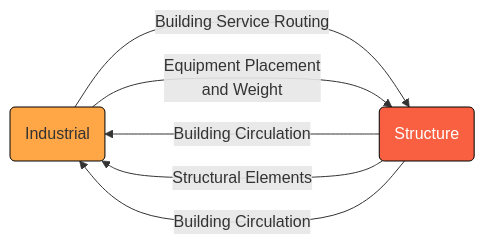
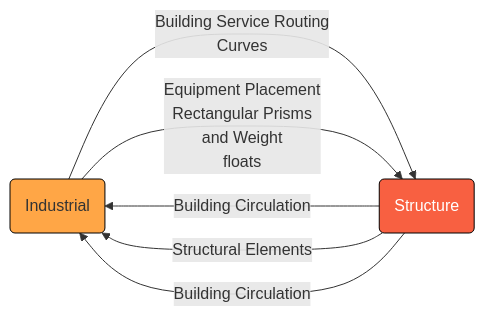
One commit to sclebow-iaac/bimsc25_studio-a_team-7 changed the diagram in Chart_Generator/Team_Charts/Industrial(Industrial)-Structure(Structure).md. Above: the diagram before and after it, drawn with Mermaid.

````diff
--- a/Chart_Generator/Team_Charts/Industrial(Industrial)-Structure(Structure).md
+++ b/Chart_Generator/Team_Charts/Industrial(Industrial)-Structure(Structure).md
@@ -1,11 +1,11 @@
 ```mermaid
     graph LR
-    Industrial(Industrial) -- Building Service Routing ---> Structure(Structure)
-    Industrial(Industrial) -- Equipment Placement<br> and Weight ---> Structure(Structure)
+    Industrial(Industrial) -- Building Service Routing<br>Curves ---> Structure(Structure)
+    Industrial(Industrial) -- Equipment Placement<br>Rectangular Prisms<br>and Weight<br>floats ---> Structure(Structure)
     Structure(Structure) -- Building Circulation ---> Industrial(Industrial)
     Structure(Structure) -- Structural Elements ---> Industrial(Industrial)
     Structure(Structure) -- Building Circulation ---> Industrial(Industrial)
 
     style Industrial fill:#ffa646, stroke:black
     style Structure fill:#f86041, stroke:black, color:#fff
 ```
````
